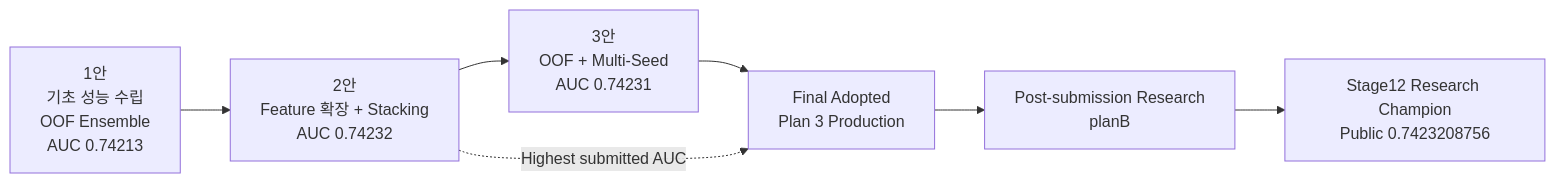
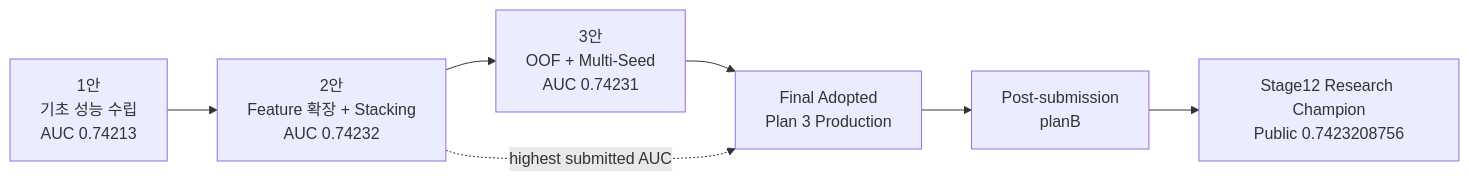
Before and after one commit to nanimnoworry/PSP: the diagram in README.md, drawn with Mermaid. The commit also changed other lines of this file, not shown here.

````diff
--- a/README.md
+++ b/README.md
@@ -62,13 +50,13 @@
 ```mermaid
 flowchart LR
-    A[1안<br/>기초 성능 수립<br/>OOF Ensemble<br/>AUC 0.74213]
+    A[1안<br/>기초 성능 수립<br/>AUC 0.74213]
     B[2안<br/>Feature 확장 + Stacking<br/>AUC 0.74232]
     C[3안<br/>OOF + Multi-Seed<br/>AUC 0.74231]
     D[Final Adopted<br/>Plan 3 Production]
-    R[Post-submission Research<br/>planB]
+    R[Post-submission<br/>planB]
     S[Stage12 Research Champion<br/>Public 0.7423208756]
 
     A --> B --> C --> D
-    B -. Highest submitted AUC .-> D
+    B -. highest submitted AUC .-> D
     D --> R --> S
 ```
````
